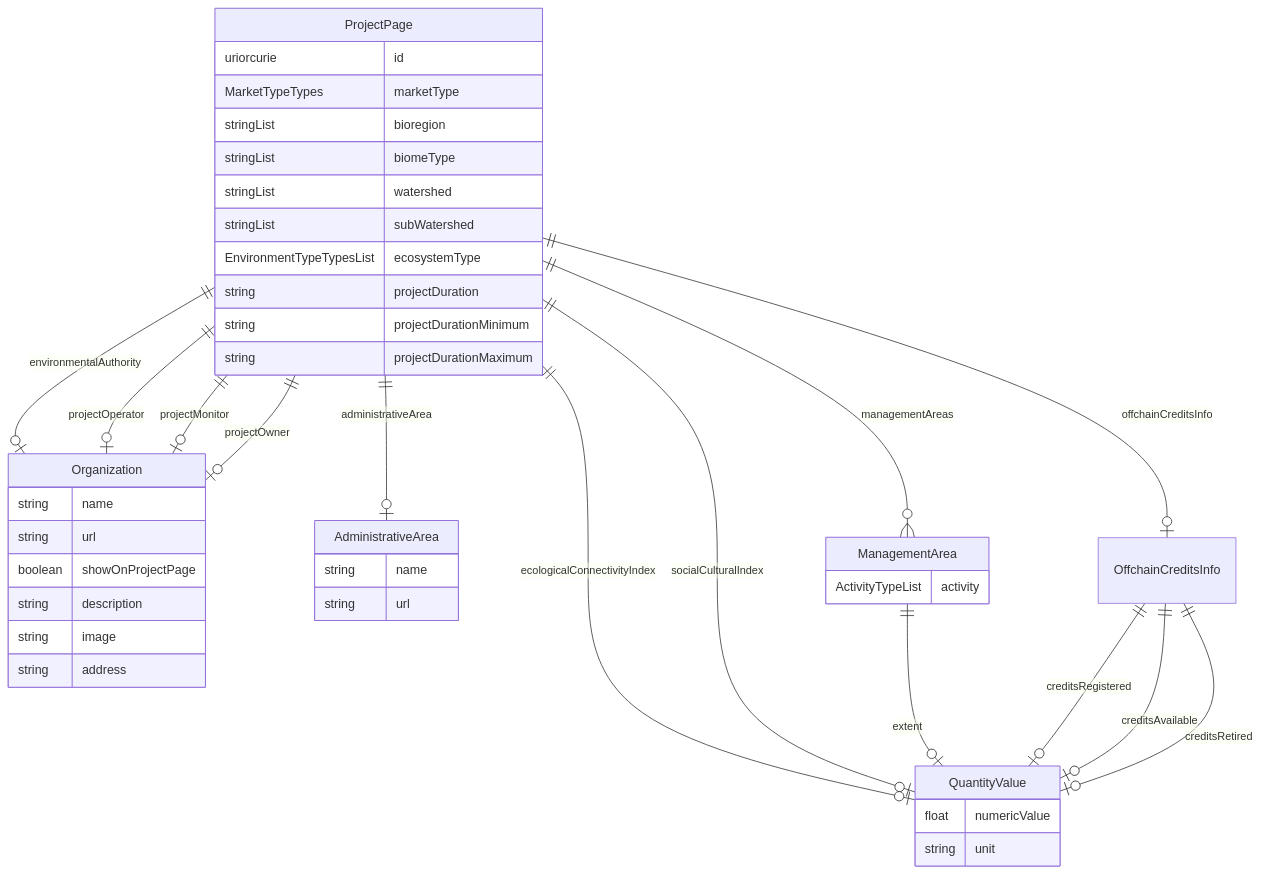
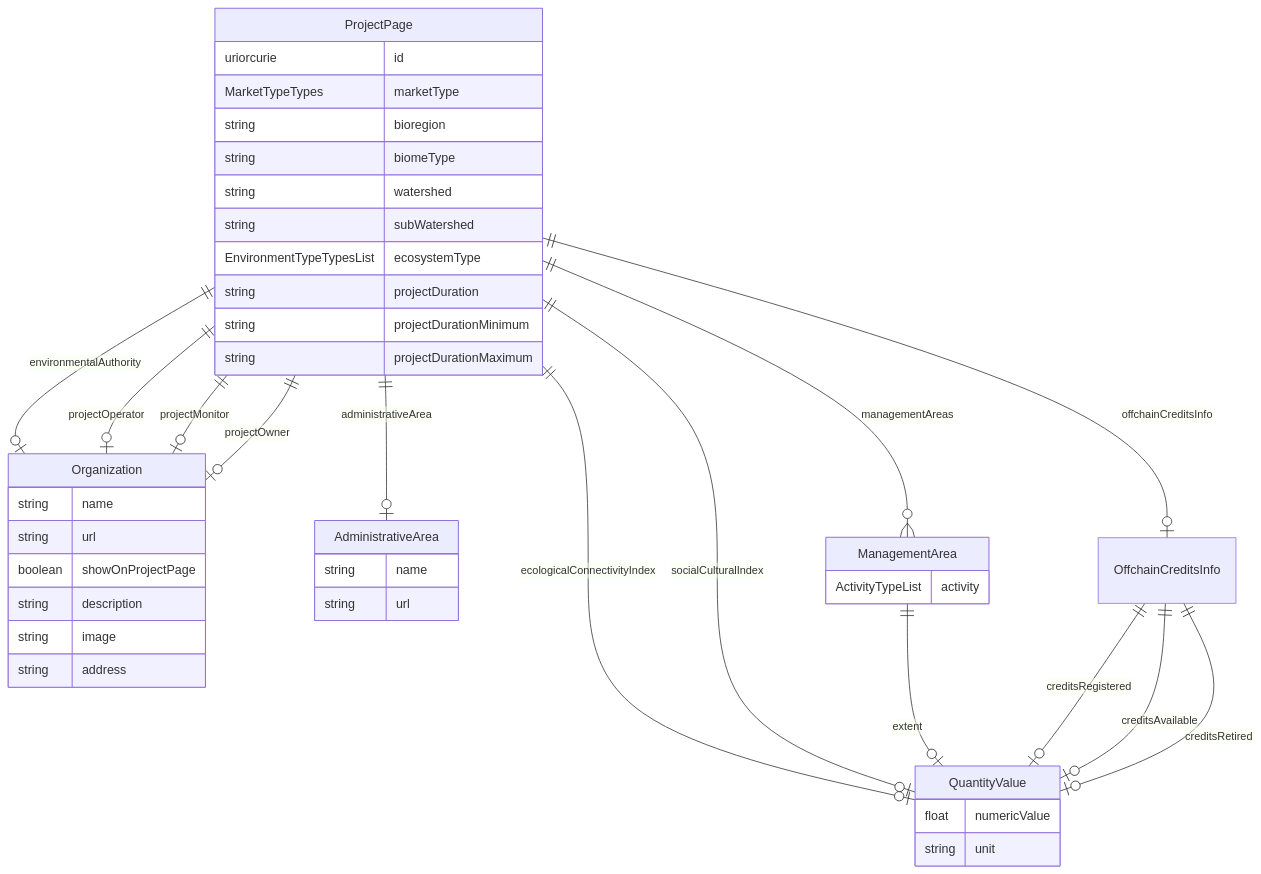
The diagram in schema/generated/ProjectPage.md (regen-network/regen-data-standards), drawn with Mermaid before and after one commit. The commit also changed other lines of this file and 9 other files, not shown here.

Commit message:
remove multivalued attribute from bioregion, biomeType, watershed, and subwatershed fields on project page

````diff
--- a/schema/generated/ProjectPage.md
+++ b/schema/generated/ProjectPage.md
@@ -11,52 +11,52 @@
 ```mermaid
 erDiagram
 ProjectPage {
     uriorcurie id  
     MarketTypeTypes marketType  
-    stringList bioregion  
-    stringList biomeType  
-    stringList watershed  
-    stringList subWatershed  
+    string bioregion  
+    string biomeType  
+    string watershed  
+    string subWatershed  
     EnvironmentTypeTypesList ecosystemType  
     string projectDuration  
     string projectDurationMinimum  
     string projectDurationMaximum  
 }
 Organization {
     string name  
     string url  
     boolean showOnProjectPage  
     string description  
     string image  
     string address  
 }
 AdministrativeArea {
     string name  
     string url  
 }
 QuantityValue {
     float numericValue  
     string unit  
 }
 ManagementArea {
     ActivityTypeList activity  
 }
 OffchainCreditsInfo {
 
 }
 
 ProjectPage ||--|o Organization : "environmentalAuthority"
 ProjectPage ||--|o OffchainCreditsInfo : "offchainCreditsInfo"
 ProjectPage ||--}o ManagementArea : "managementAreas"
 ProjectPage ||--|o QuantityValue : "ecologicalConnectivityIndex"
 ProjectPage ||--|o QuantityValue : "socialCulturalIndex"
 ProjectPage ||--|o AdministrativeArea : "administrativeArea"
 ProjectPage ||--|o Organization : "projectOperator"
 ProjectPage ||--|o Organization : "projectMonitor"
 ProjectPage ||--|o Organization : "projectOwner"
 ManagementArea ||--|o QuantityValue : "extent"
 OffchainCreditsInfo ||--|o QuantityValue : "creditsRegistered"
 OffchainCreditsInfo ||--|o QuantityValue : "creditsAvailable"
 OffchainCreditsInfo ||--|o QuantityValue : "creditsRetired"
 
 ```
````
